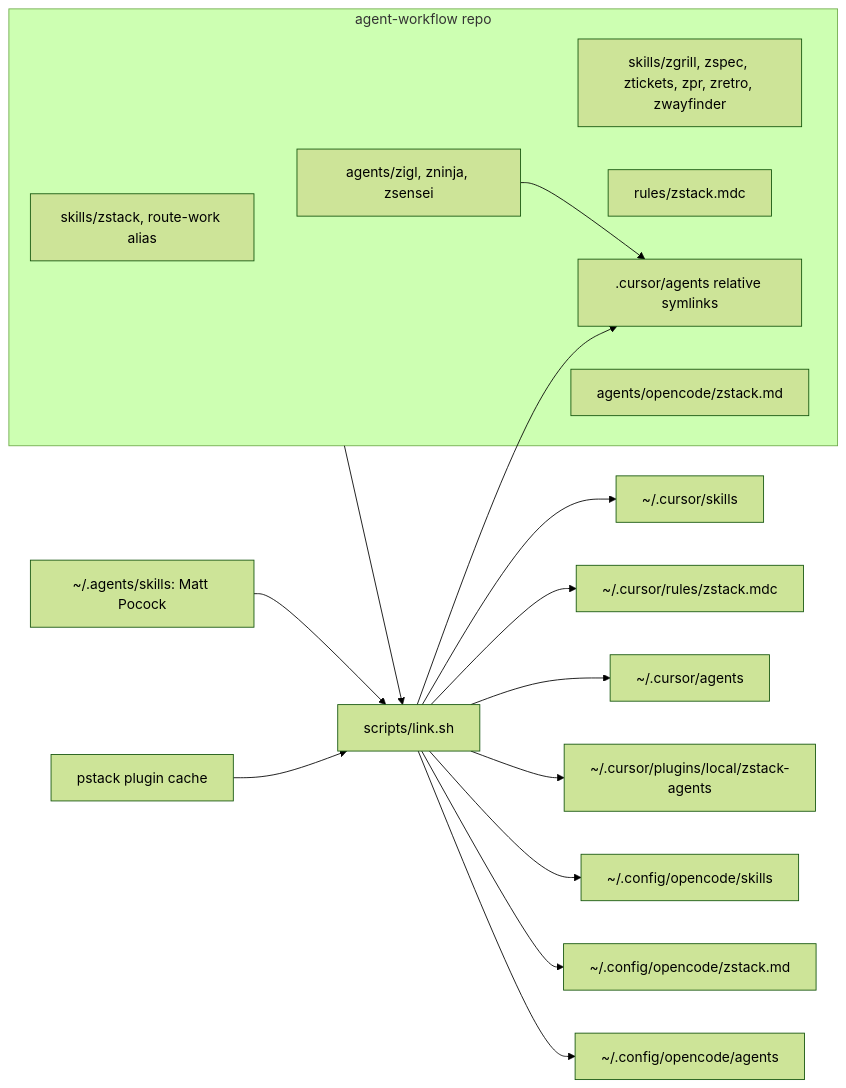
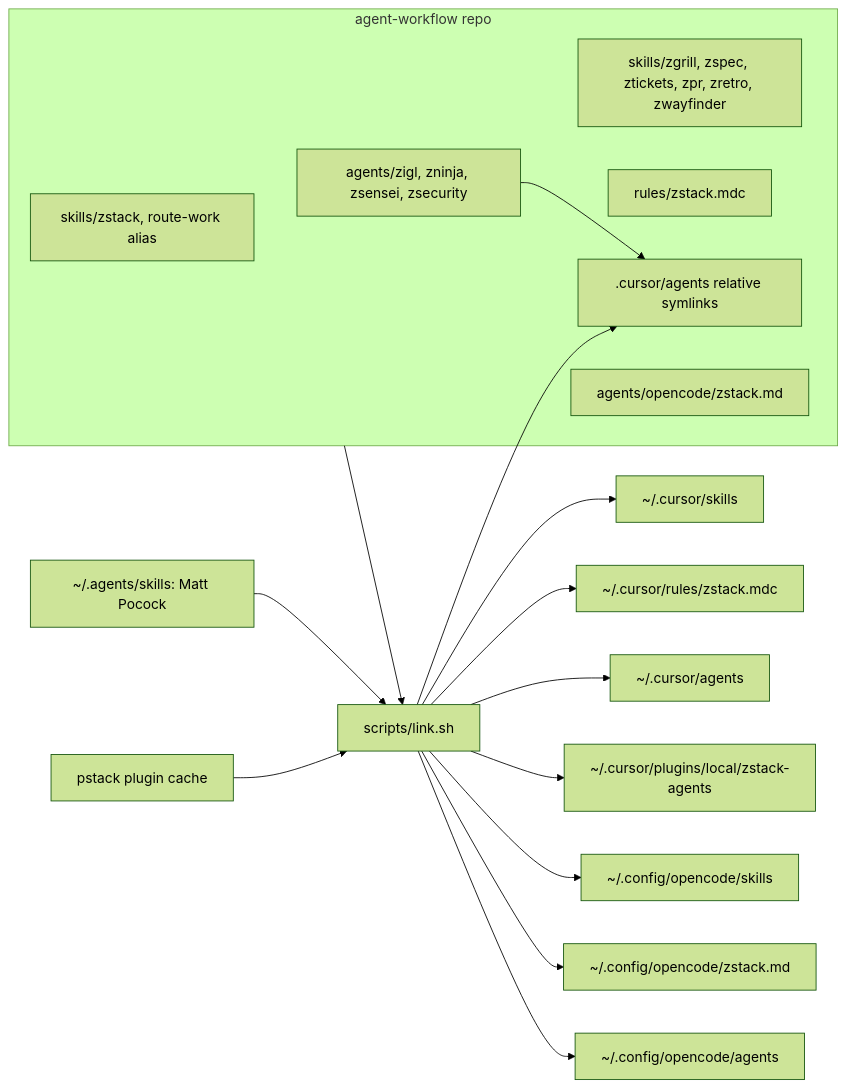
The first of 3 diagrams in docs/architecture.md (Byevenes/agent-workflow), drawn with Mermaid (forest theme) before and after one commit. The commit also changed other lines of this file and 16 other files, not shown here.

````diff
--- a/docs/architecture.md
+++ b/docs/architecture.md
@@ -9,24 +9,24 @@
 ```mermaid
 flowchart LR
   subgraph repo[agent-workflow repo]
     sk[skills/zstack, route-work alias]
     wr[skills/zgrill, zspec, ztickets, zpr, zretro, zwayfinder]
     ru[rules/zstack.mdc]
-    ag[agents/zigl, zninja, zsensei]
+    ag[agents/zigl, zninja, zsensei, zsecurity]
     pa[.cursor/agents relative symlinks]
     oc[agents/opencode/zstack.md]
   end
   ag --> pa
   link[scripts/link.sh]
   repo --> link
   link --> pa
   link --> cs[~/.cursor/skills]
   link --> cr[~/.cursor/rules/zstack.mdc]
   link --> ca[~/.cursor/agents]
   link --> plug[~/.cursor/plugins/local/zstack-agents]
   link --> os[~/.config/opencode/skills]
   link --> om[~/.config/opencode/zstack.md]
   link --> oa[~/.config/opencode/agents]
   matt[~/.agents/skills: Matt Pocock] --> link
   pstack[pstack plugin cache] --> link
 ```
````
